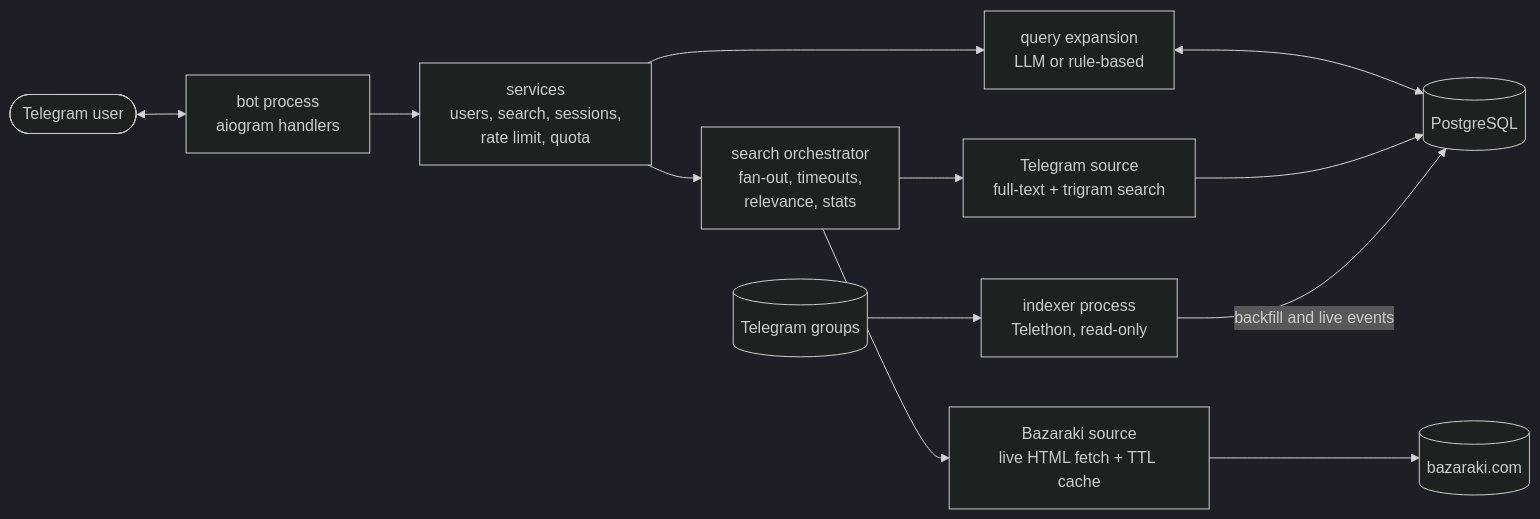
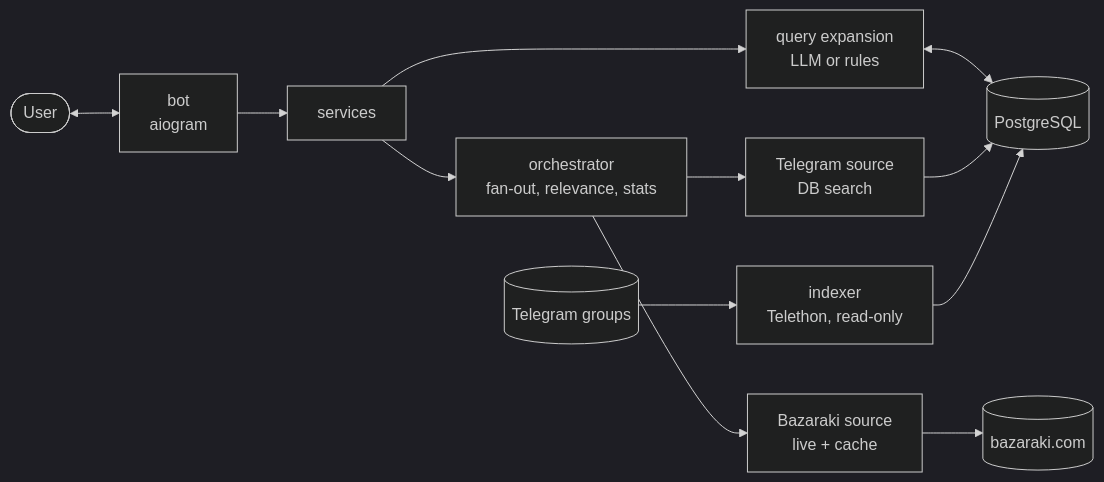
One commit to NopPer-zofix/TrevorTheHelper changed the diagram in README.md. Above: the diagram before and after it, drawn with Mermaid (dark theme). The commit also changed other lines of this file, not shown here.

````diff
--- a/README.md
+++ b/README.md
@@ -144,14 +87,14 @@
 ```mermaid
 flowchart LR
-    User([Telegram user]) <--> Bot["bot process<br/>aiogram handlers"]
-    Bot --> Svc["services<br/>users, search, sessions,<br/>rate limit, quota"]
-    Svc --> QE["query expansion<br/>LLM or rule-based"]
-    Svc --> Orch["search orchestrator<br/>fan-out, timeouts,<br/>relevance, stats"]
+    User([User]) <--> Bot["bot<br/>aiogram"]
+    Bot --> Svc[services]
+    Svc --> QE["query expansion<br/>LLM or rules"]
+    Svc --> Orch["orchestrator<br/>fan-out, relevance, stats"]
+    Orch --> Baz["Bazaraki source<br/>live + cache"]
+    Orch --> Tg["Telegram source<br/>DB search"]
+    Baz --> Site[(bazaraki.com)]
     QE <--> DB[(PostgreSQL)]
-    Orch --> Baz["Bazaraki source<br/>live HTML fetch + TTL cache"]
-    Orch --> TgSrc["Telegram source<br/>full-text + trigram search"]
-    TgSrc --> DB
-    Baz --> Site[(bazaraki.com)]
-    Idx["indexer process<br/>Telethon, read-only"] -->|backfill and live events| DB
+    Tg --> DB
+    Idx["indexer<br/>Telethon, read-only"] --> DB
     Groups[(Telegram groups)] --> Idx
 ```
````
